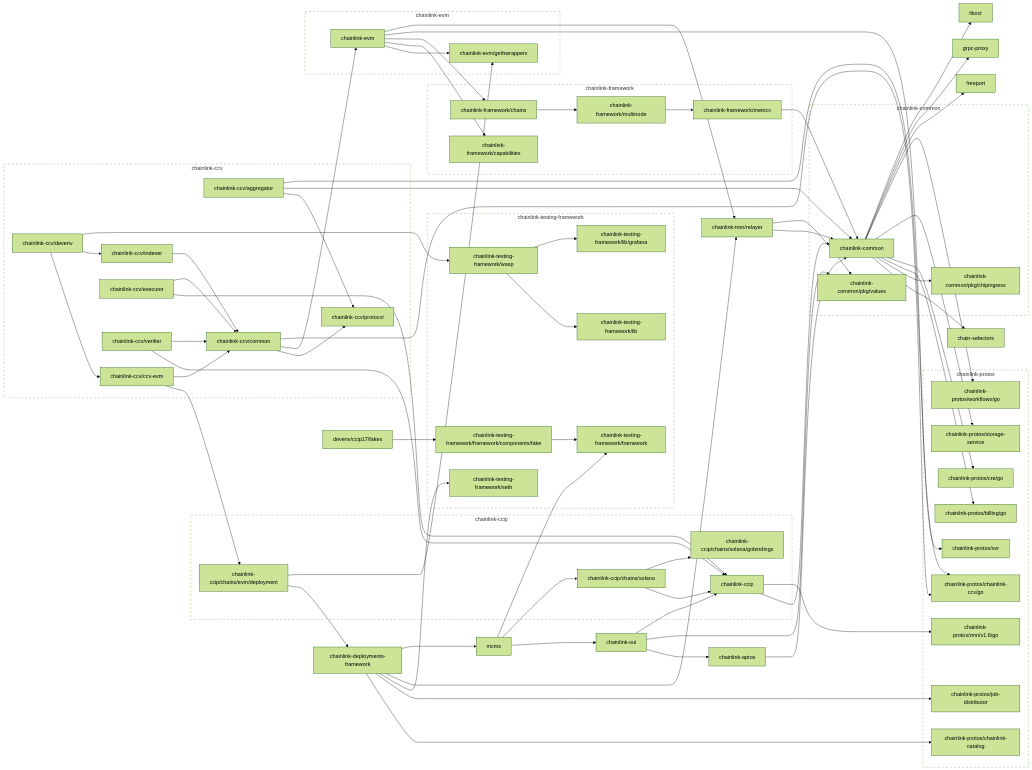
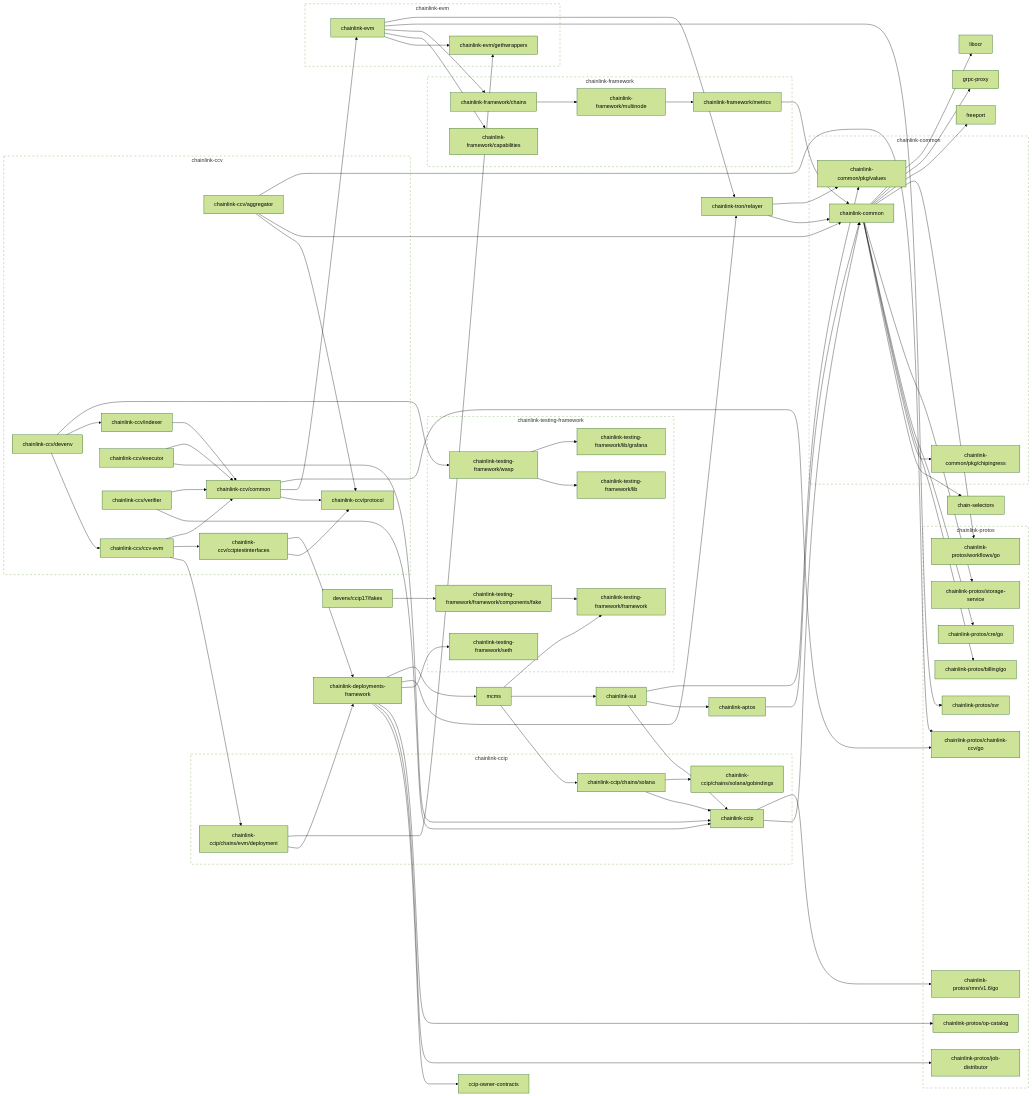
Before and after one commit to smartcontractkit/chainlink-ccv: the diagram in go.md, drawn with Mermaid (forest theme). The commit also changed 6 other files, not shown here.

````diff
--- a/go.md
+++ b/go.md
@@ -2,6 +2,8 @@
 ```mermaid
 flowchart LR
 
+	ccip-owner-contracts
+	click ccip-owner-contracts href "https://github.com/smartcontractkit/ccip-owner-contracts"
 	chain-selectors
 	click chain-selectors href "https://github.com/smartcontractkit/chain-selectors"
 	chainlink-aptos --> chainlink-common
@@ -21,7 +23,11 @@
 	chainlink-ccv/aggregator --> chainlink-common
 	chainlink-ccv/aggregator --> chainlink-protos/chainlink-ccv/go
 	click chainlink-ccv/aggregator href "https://github.com/smartcontractkit/chainlink-ccv"
+	chainlink-ccv/cciptestinterfaces --> chainlink-ccv/protocol
+	chainlink-ccv/cciptestinterfaces --> chainlink-deployments-framework
+	click chainlink-ccv/cciptestinterfaces href "https://github.com/smartcontractkit/chainlink-ccv"
 	chainlink-ccv/ccv-evm --> chainlink-ccip/chains/evm/deployment
+	chainlink-ccv/ccv-evm --> chainlink-ccv/cciptestinterfaces
 	chainlink-ccv/ccv-evm --> chainlink-ccv/common
 	click chainlink-ccv/ccv-evm href "https://github.com/smartcontractkit/chainlink-ccv"
 	chainlink-ccv/common --> chainlink-ccv/protocol
@@ -56,8 +62,9 @@
 	click chainlink-common/pkg/chipingress href "https://github.com/smartcontractkit/chainlink-common"
 	chainlink-common/pkg/values
 	click chainlink-common/pkg/values href "https://github.com/smartcontractkit/chainlink-common"
-	chainlink-deployments-framework --> chainlink-protos/chainlink-catalog
+	chainlink-deployments-framework --> ccip-owner-contracts
 	chainlink-deployments-framework --> chainlink-protos/job-distributor
+	chainlink-deployments-framework --> chainlink-protos/op-catalog
 	chainlink-deployments-framework --> chainlink-testing-framework/seth
 	chainlink-deployments-framework --> chainlink-tron/relayer
 	chainlink-deployments-framework --> mcms
@@ -80,14 +87,14 @@
 	click chainlink-framework/multinode href "https://github.com/smartcontractkit/chainlink-framework"
 	chainlink-protos/billing/go
 	click chainlink-protos/billing/go href "https://github.com/smartcontractkit/chainlink-protos"
-	chainlink-protos/chainlink-catalog
-	click chainlink-protos/chainlink-catalog href "https://github.com/smartcontractkit/chainlink-protos"
 	chainlink-protos/chainlink-ccv/go
 	click chainlink-protos/chainlink-ccv/go href "https://github.com/smartcontractkit/chainlink-protos"
 	chainlink-protos/cre/go
 	click chainlink-protos/cre/go href "https://github.com/smartcontractkit/chainlink-protos"
 	chainlink-protos/job-distributor
 	click chainlink-protos/job-distributor href "https://github.com/smartcontractkit/chainlink-protos"
+	chainlink-protos/op-catalog
+	click chainlink-protos/op-catalog href "https://github.com/smartcontractkit/chainlink-protos"
 	chainlink-protos/rmn/v1.6/go
 	click chainlink-protos/rmn/v1.6/go href "https://github.com/smartcontractkit/chainlink-protos"
 	chainlink-protos/storage-service
@@ -139,6 +146,7 @@
 
 	subgraph chainlink-ccv-repo[chainlink-ccv]
 		 chainlink-ccv/aggregator
+		 chainlink-ccv/cciptestinterfaces
 		 chainlink-ccv/ccv-evm
 		 chainlink-ccv/common
 		 chainlink-ccv/devenv
@@ -172,10 +180,10 @@
 
 	subgraph chainlink-protos-repo[chainlink-protos]
 		 chainlink-protos/billing/go
-		 chainlink-protos/chainlink-catalog
 		 chainlink-protos/chainlink-ccv/go
 		 chainlink-protos/cre/go
 		 chainlink-protos/job-distributor
+		 chainlink-protos/op-catalog
 		 chainlink-protos/rmn/v1.6/go
 		 chainlink-protos/storage-service
 		 chainlink-protos/svr
````
